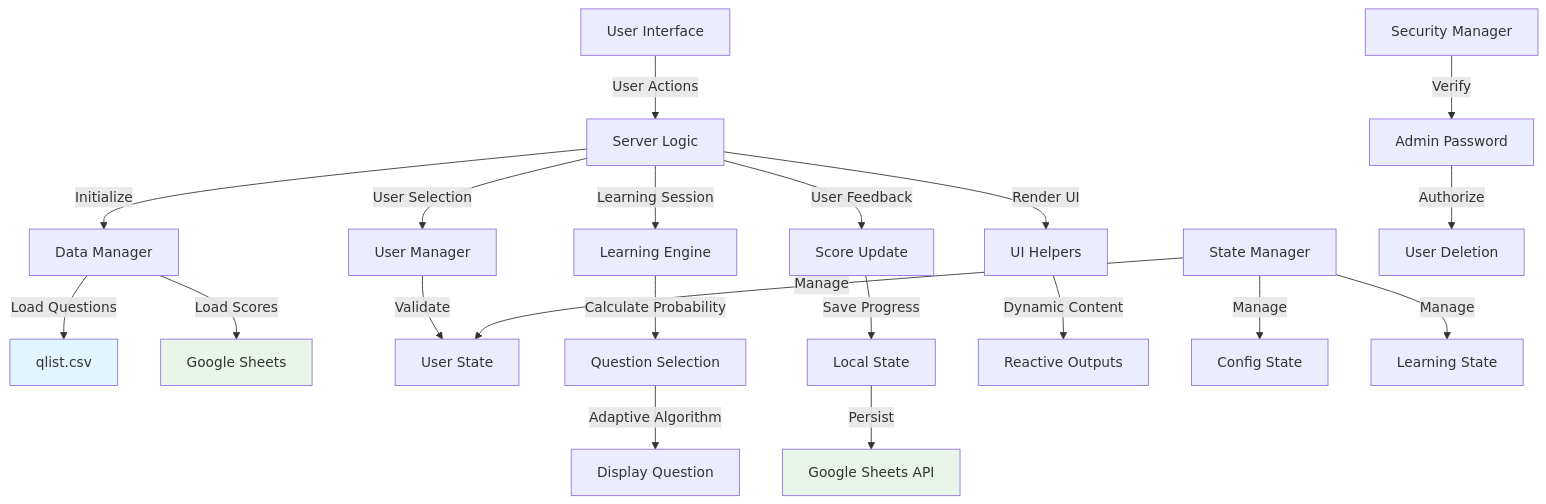
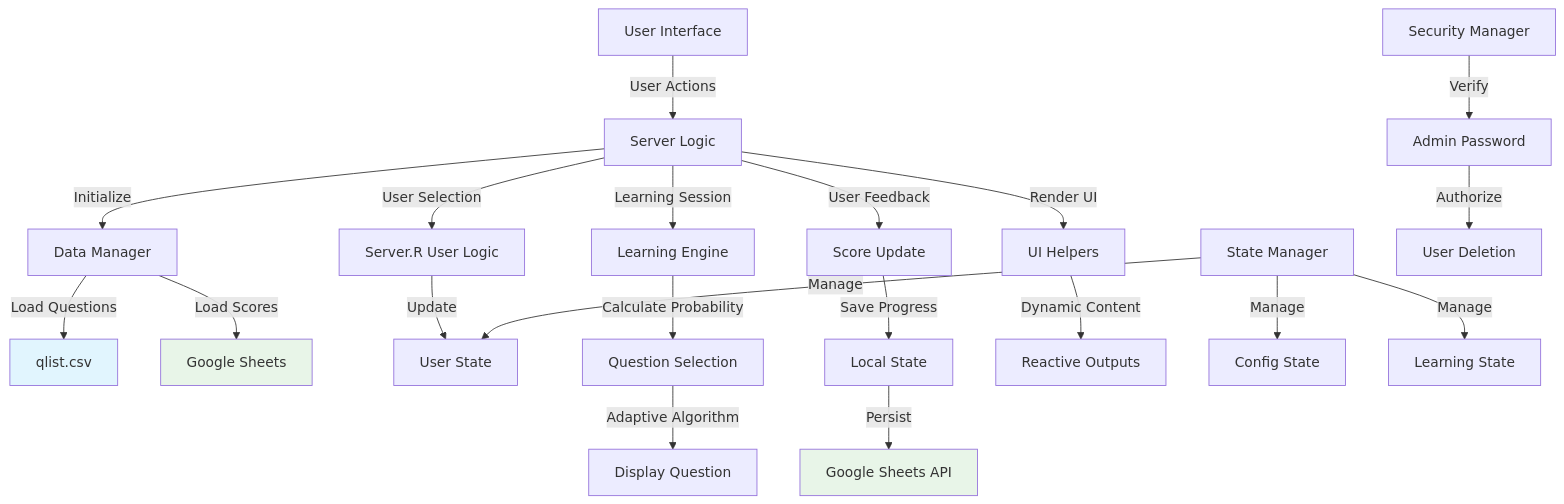
Before and after one commit to tomfook/chugakueigo: the diagram in README.md, drawn with Mermaid. The commit also changed other lines of this file, not shown here.

Commit message:
docs: update README.md to reflect user_manager.R removal
Updated module references and architecture diagrams to reflect the removal
of user_manager.R module.

Changes:
- Updated module list: removed user_manager.R, added actual module names
- Updated function namespace examples: removed user_*, added ui_*, state_*
- Updated data flow diagram: changed "User Manager" to "Server.R User Logic"

🤖 Generated with [Claude Code](https://claude.com/claude-code)

````diff
--- a/README.md
+++ b/README.md
@@ -57,32 +57,32 @@
 ```mermaid
 graph TD
     A[User Interface] -->|User Actions| B[Server Logic]
     B -->|Initialize| C[Data Manager]
     C -->|Load Questions| D[qlist.csv]
     C -->|Load Scores| E[Google Sheets]
 
-    B -->|User Selection| F[User Manager]
-    F -->|Validate| G[User State]
+    B -->|User Selection| F[Server.R User Logic]
+    F -->|Update| G[User State]
 
     B -->|Learning Session| H[Learning Engine]
     H -->|Calculate Probability| I[Question Selection]
     I -->|Adaptive Algorithm| J[Display Question]
 
     B -->|User Feedback| K[Score Update]
     K -->|Save Progress| L[Local State]
     L -->|Persist| M[Google Sheets API]
 
     B -->|Render UI| N[UI Helpers]
     N -->|Dynamic Content| O[Reactive Outputs]
 
     P[State Manager] -->|Manage| G
     P -->|Manage| Q[Config State]
     P -->|Manage| R[Learning State]
 
     S[Security Manager] -->|Verify| T[Admin Password]
     T -->|Authorize| U[User Deletion]
 
     style D fill:#e1f5fe
     style E fill:#e8f5e8
     style M fill:#e8f5e8
 ```
````
